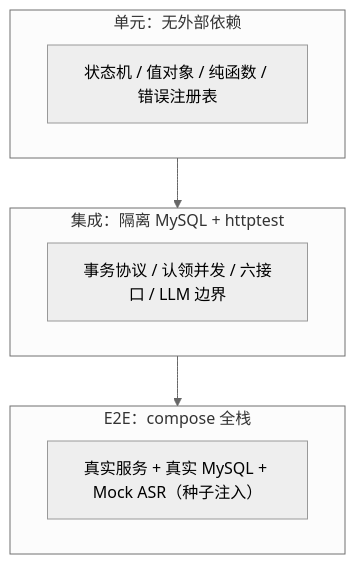
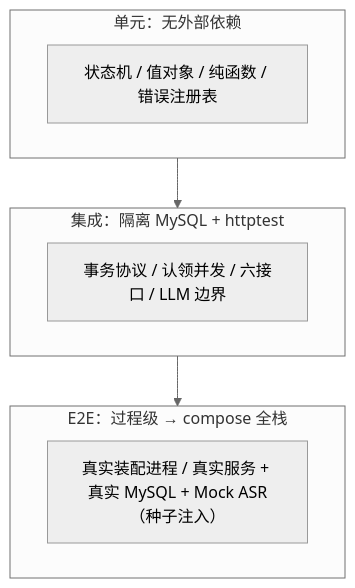
The diagram in docs/design/test-design.md (SleepySuke/recording), drawn with Mermaid (neutral theme) before and after one commit. The commit also changed other lines of this file and 17 other files, not shown here.

````diff
--- a/docs/design/test-design.md
+++ b/docs/design/test-design.md
@@ -7,13 +7,13 @@
 ```mermaid
 flowchart TB
-    subgraph L3["E2E：compose 全栈"]
-        E["真实服务 + 真实 MySQL + Mock ASR（种子注入）"]
+    subgraph L3["E2E：过程级 → compose 全栈"]
+        E["真实装配进程 / 真实服务 + 真实 MySQL + Mock ASR（种子注入）"]
     end
     subgraph L2["集成：隔离 MySQL + httptest"]
         I["事务协议 / 认领并发 / 六接口 / LLM 边界"]
     end
     subgraph L1["单元：无外部依赖"]
         U["状态机 / 值对象 / 纯函数 / 错误注册表"]
     end
     L1 --> L2 --> L3
 ```
````
